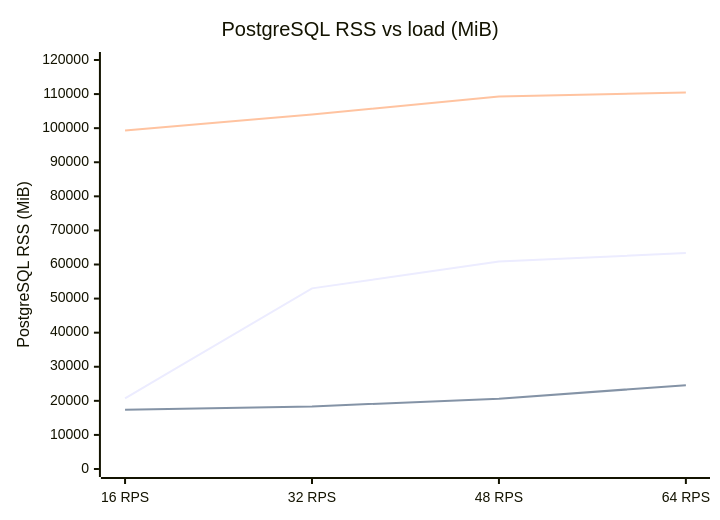
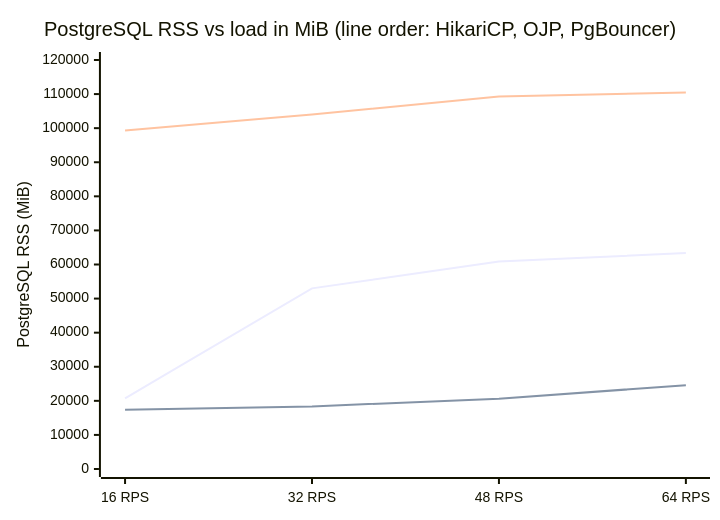
Before and after one commit to rrobetti/stressum: the sixth of 7 diagrams in article.md, drawn with Mermaid. The commit also changed other lines of this file, not shown here.

````diff
--- a/article.md
+++ b/article.md
@@ -99,9 +151,9 @@
 ```mermaid
 xychart-beta
-    title "PostgreSQL RSS vs load (MiB)"
+    title "PostgreSQL RSS vs load in MiB (line order: HikariCP, OJP, PgBouncer)"
     x-axis ["16 RPS", "32 RPS", "48 RPS", "64 RPS"]
     y-axis "PostgreSQL RSS (MiB)" 0 --> 120000
     line [20748, 53002, 60913, 63360]
     line [17395, 18373, 20598, 24602]
     line [99326, 104026, 109309, 110457]
 ```
````
